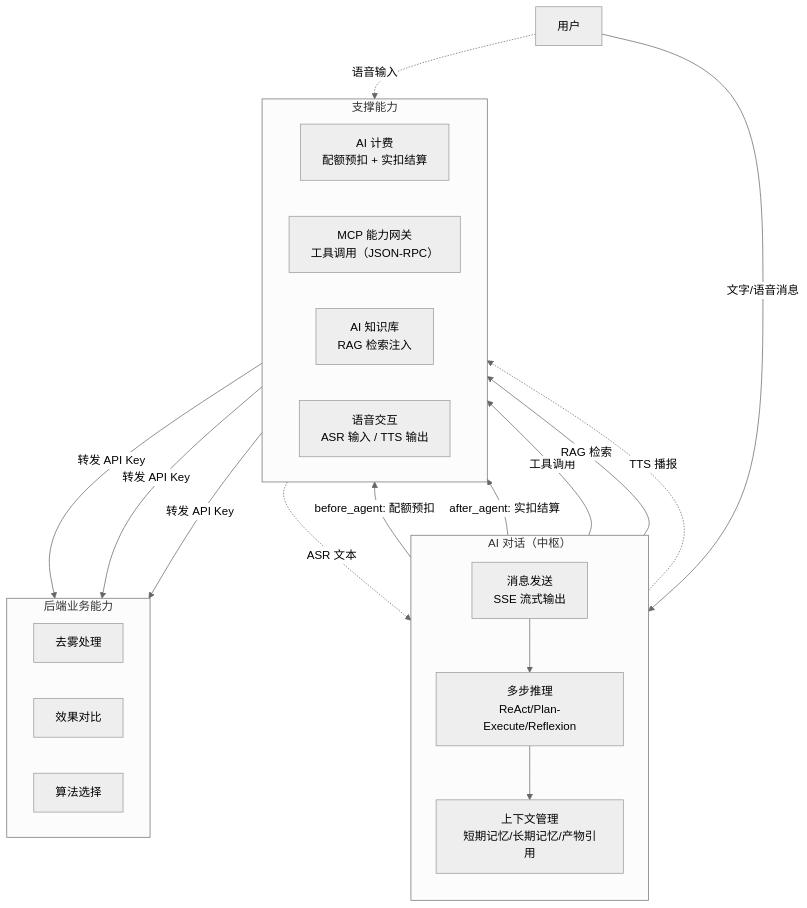
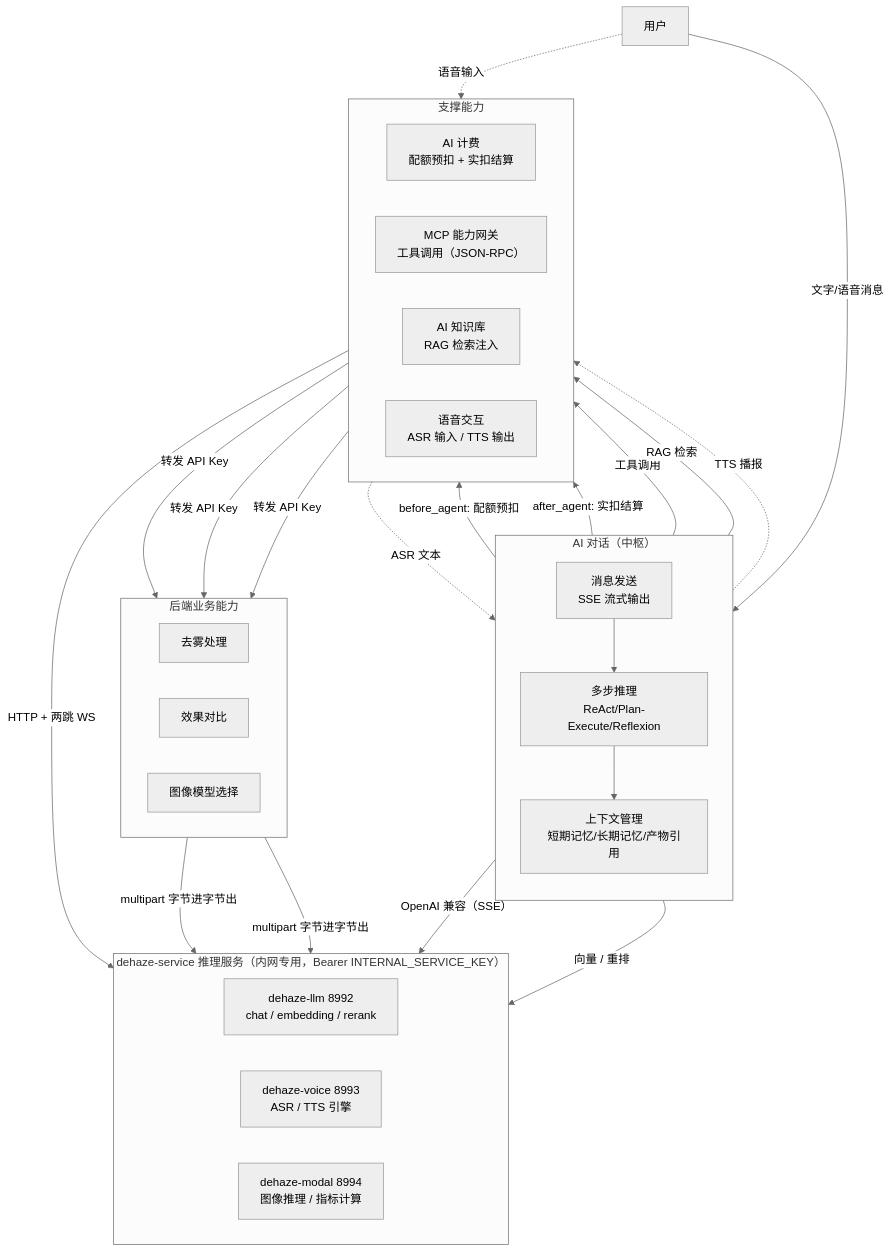
Before and after one commit to earthy-zinc/dehaze-system: the first of 7 diagrams in dehaze-doc/docs/02-系统架构/09-AI能力链路协作设计.md, drawn with Mermaid (neutral theme). The commit also changed other lines of this file and 239 other files, not shown here.

````diff
--- a/dehaze-doc/docs/02-系统架构/09-AI能力链路协作设计.md
+++ b/dehaze-doc/docs/02-系统架构/09-AI能力链路协作设计.md
@@ -25,42 +25,55 @@
 ```mermaid
 flowchart TB
     User["用户"]
 
     subgraph AIChat["AI 对话（中枢）"]
         direction TB
         MSG["消息发送<br/>SSE 流式输出"]
         REASON["多步推理<br/>ReAct/Plan-Execute/Reflexion"]
         CTX["上下文管理<br/>短期记忆/长期记忆/产物引用"]
     end
 
     subgraph Support["支撑能力"]
         direction LR
         BILL["AI 计费<br/>配额预扣 + 实扣结算"]
         MCP["MCP 能力网关<br/>工具调用（JSON-RPC）"]
         KB["AI 知识库<br/>RAG 检索注入"]
         VOICE["语音交互<br/>ASR 输入 / TTS 输出"]
     end
 
     subgraph Backend["后端业务能力"]
         direction LR
         PRED["去雾处理"]
         EVAL["效果对比"]
-        ALGO["算法选择"]
+        ALGO["图像模型选择"]
     end
 
     User -->|"文字/语音消息"| MSG
     MSG --> REASON
     REASON --> CTX
 
     REASON -->|"before_agent: 配额预扣"| BILL
     REASON -->|"after_agent: 实扣结算"| BILL
     REASON -->|"工具调用"| MCP
     CTX -->|"RAG 检索"| KB
     User -.->|"语音输入"| VOICE
     VOICE -.->|"ASR 文本"| MSG
     REASON -.->|"TTS 播报"| VOICE
 
+    subgraph Svc["dehaze-service 推理服务（内网专用，Bearer INTERNAL_SERVICE_KEY）"]
+        direction LR
+        LLMSVC["dehaze-llm 8992<br/>chat / embedding / rerank"]
+        VOICESVC["dehaze-voice 8993<br/>ASR / TTS 引擎"]
+        MODALSVC["dehaze-modal 8994<br/>图像推理 / 指标计算"]
+    end
+
     MCP -->|"转发 API Key"| PRED
     MCP -->|"转发 API Key"| EVAL
     MCP -->|"转发 API Key"| ALGO
+
+    REASON -->|"OpenAI 兼容（SSE）"| LLMSVC
+    CTX -->|"向量 / 重排"| LLMSVC
+    VOICE -->|"HTTP + 两跳 WS"| VOICESVC
+    PRED -->|"multipart 字节进字节出"| MODALSVC
+    EVAL -->|"multipart 字节进字节出"| MODALSVC
 ```
````
